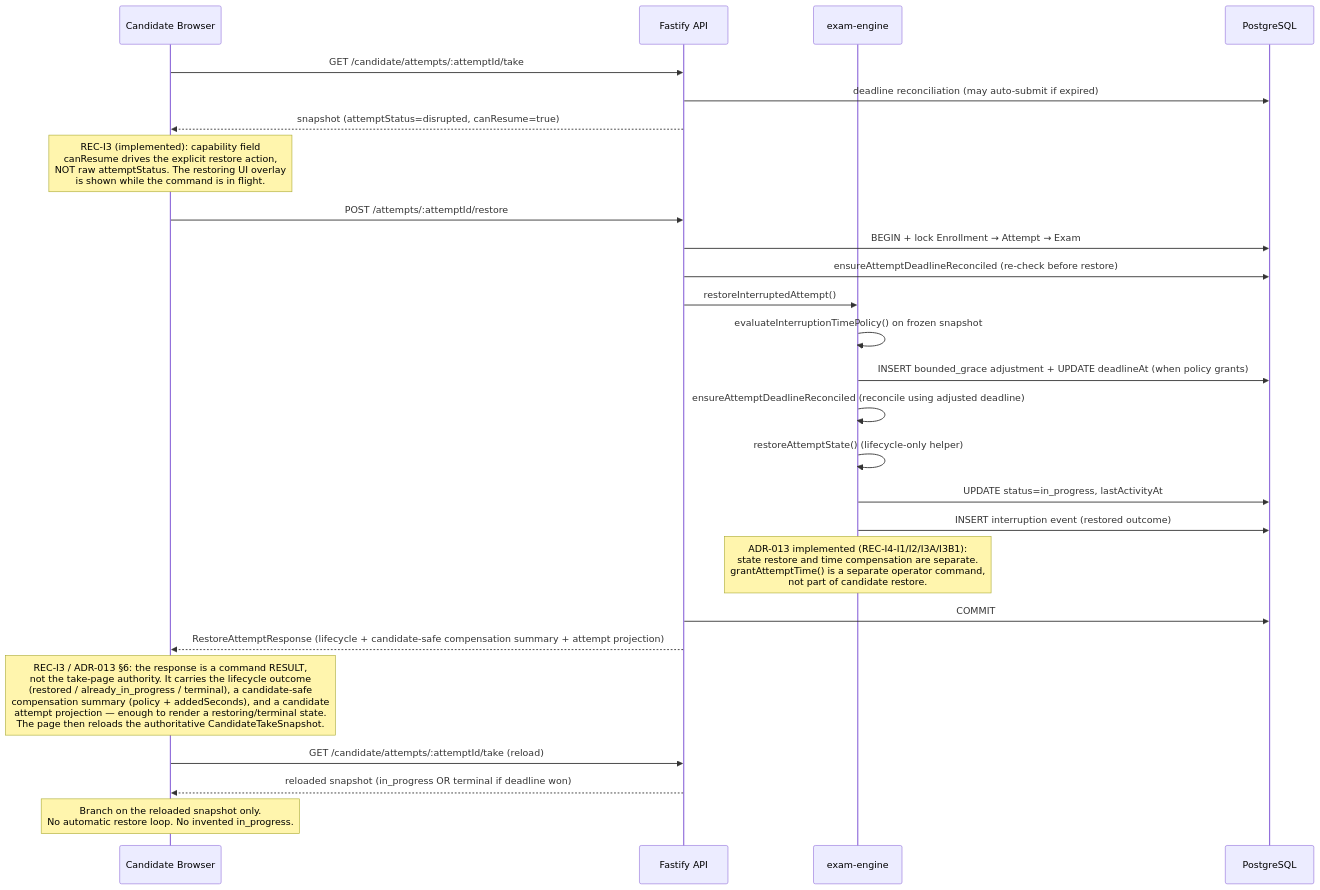
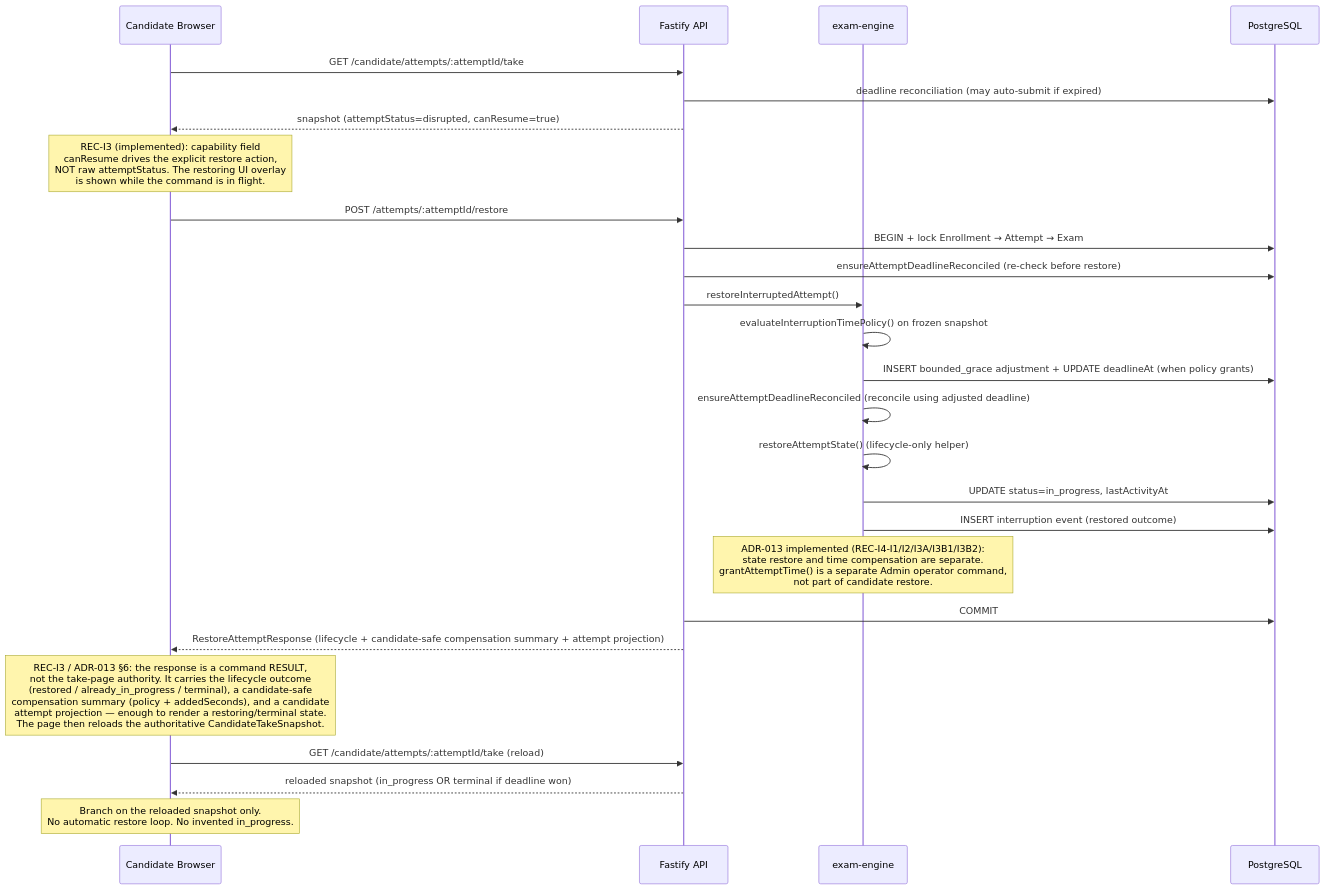
One commit to jnhu76/exam changed the fifth of 9 diagrams in docs/architecture/exam-system/candidate-recovery.md. Above: the diagram before and after it, drawn with Mermaid. The commit also changed other lines of this file and 10 other files, not shown here.

Commit message:
docs: close out operator time grant API

````diff
--- a/docs/architecture/exam-system/candidate-recovery.md
+++ b/docs/architecture/exam-system/candidate-recovery.md
@@ -164,29 +164,29 @@
 ```mermaid
 sequenceDiagram
     participant C as Candidate Browser
     participant API as Fastify API
     participant Engine as exam-engine
     participant DB as PostgreSQL
 
     C->>API: GET /candidate/attempts/:attemptId/take
     API->>DB: deadline reconciliation (may auto-submit if expired)
     API-->>C: snapshot (attemptStatus=disrupted, canResume=true)
     Note over C: REC-I3 (implemented): capability field<br/>canResume drives the explicit restore action,<br/>NOT raw attemptStatus. The restoring UI overlay<br/>is shown while the command is in flight.
     C->>API: POST /attempts/:attemptId/restore
     API->>DB: BEGIN + lock Enrollment → Attempt → Exam
     API->>DB: ensureAttemptDeadlineReconciled (re-check before restore)
     API->>Engine: restoreInterruptedAttempt()
     Engine->>Engine: evaluateInterruptionTimePolicy() on frozen snapshot
     Engine->>DB: INSERT bounded_grace adjustment + UPDATE deadlineAt (when policy grants)
     Engine->>Engine: ensureAttemptDeadlineReconciled (reconcile using adjusted deadline)
     Engine->>Engine: restoreAttemptState() (lifecycle-only helper)
     Engine->>DB: UPDATE status=in_progress, lastActivityAt
     Engine->>DB: INSERT interruption event (restored outcome)
-    Note over Engine: ADR-013 implemented (REC-I4-I1/I2/I3A/I3B1):<br/>state restore and time compensation are separate.<br/>grantAttemptTime() is a separate operator command,<br/>not part of candidate restore.
+    Note over Engine: ADR-013 implemented (REC-I4-I1/I2/I3A/I3B1/I3B2):<br/>state restore and time compensation are separate.<br/>grantAttemptTime() is a separate Admin operator command,<br/>not part of candidate restore.
     API->>DB: COMMIT
     API-->>C: RestoreAttemptResponse (lifecycle + candidate-safe compensation summary + attempt projection)
     Note over C: REC-I3 / ADR-013 §6: the response is a command RESULT,<br/>not the take-page authority. It carries the lifecycle outcome<br/>(restored / already_in_progress / terminal), a candidate-safe<br/>compensation summary (policy + addedSeconds), and a candidate<br/>attempt projection — enough to render a restoring/terminal state.<br/>The page then reloads the authoritative CandidateTakeSnapshot.
     C->>API: GET /candidate/attempts/:attemptId/take (reload)
     API-->>C: reloaded snapshot (in_progress OR terminal if deadline won)
     Note over C: Branch on the reloaded snapshot only.<br/>No automatic restore loop. No invented in_progress.
 ```
````
